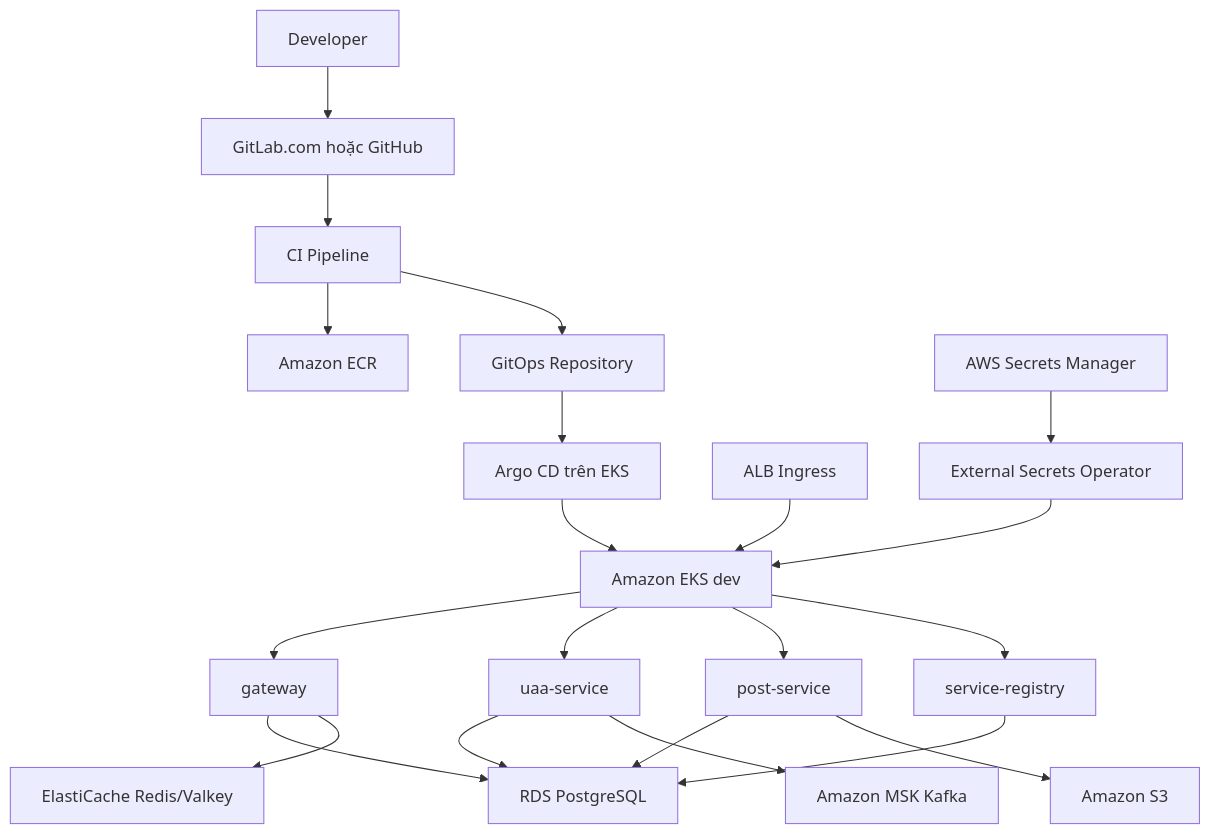
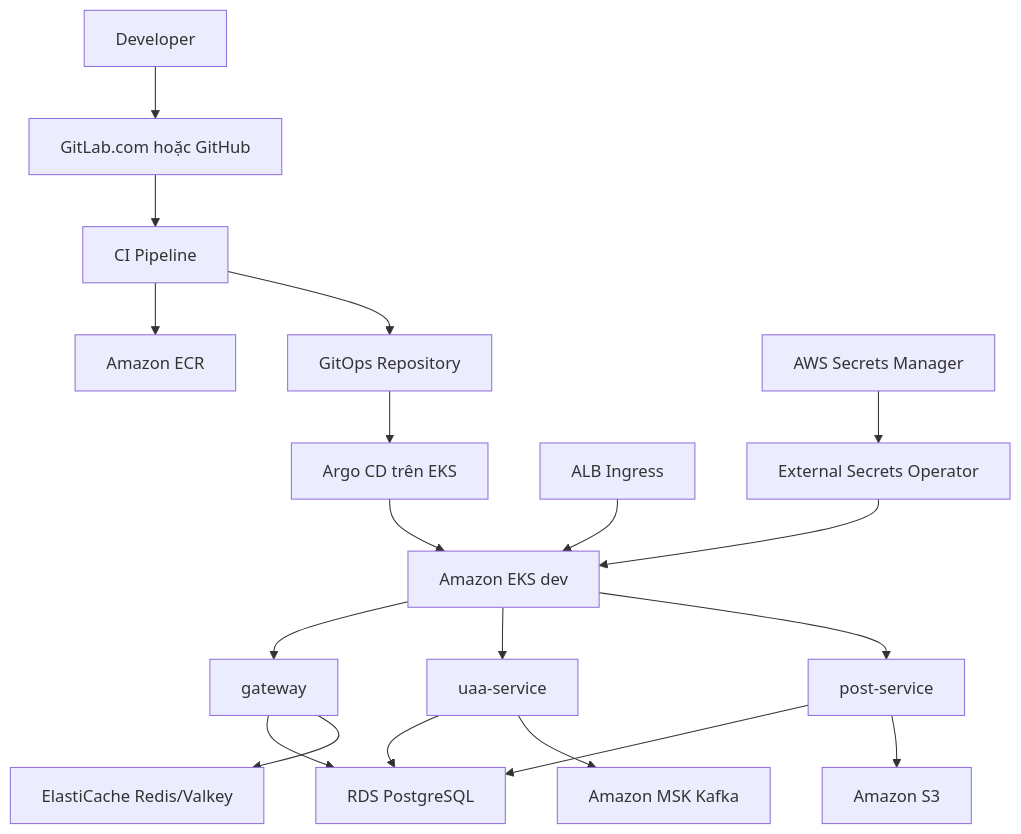
Before and after one commit to newgate2601/springboot-learning: the diagram in AWS/THUC-HANH-GITLAB-CI-ARGOCD-AWS-EKS-V2.md, drawn with Mermaid. The commit also changed other lines of this file and 5 other files, not shown here.

````diff
--- a/AWS/THUC-HANH-GITLAB-CI-ARGOCD-AWS-EKS-V2.md
+++ b/AWS/THUC-HANH-GITLAB-CI-ARGOCD-AWS-EKS-V2.md
@@ -134,28 +134,26 @@
 ```mermaid
 flowchart TB
     DEV["Developer"] --> SRC["GitLab.com hoặc GitHub"]
     SRC --> CI["CI Pipeline"]
     CI --> ECR["Amazon ECR"]
     CI --> GITOPS["GitOps Repository"]
 
     GITOPS --> ARGO["Argo CD trên EKS"]
     ARGO --> EKS["Amazon EKS dev"]
 
     EKS --> SVC1["gateway"]
     EKS --> SVC2["uaa-service"]
     EKS --> SVC3["post-service"]
-    EKS --> SVC4["service-registry"]
 
     SVC1 --> RDS["RDS PostgreSQL"]
     SVC2 --> RDS
     SVC3 --> RDS
-    SVC4 --> RDS
 
     SVC1 --> REDIS["ElastiCache Redis/Valkey"]
     SVC2 --> MSK["Amazon MSK Kafka"]
     SVC3 --> S3["Amazon S3"]
 
     ALB["ALB Ingress"] --> EKS
     SECRETS["AWS Secrets Manager"] --> ESO["External Secrets Operator"]
     ESO --> EKS
 ```
````
